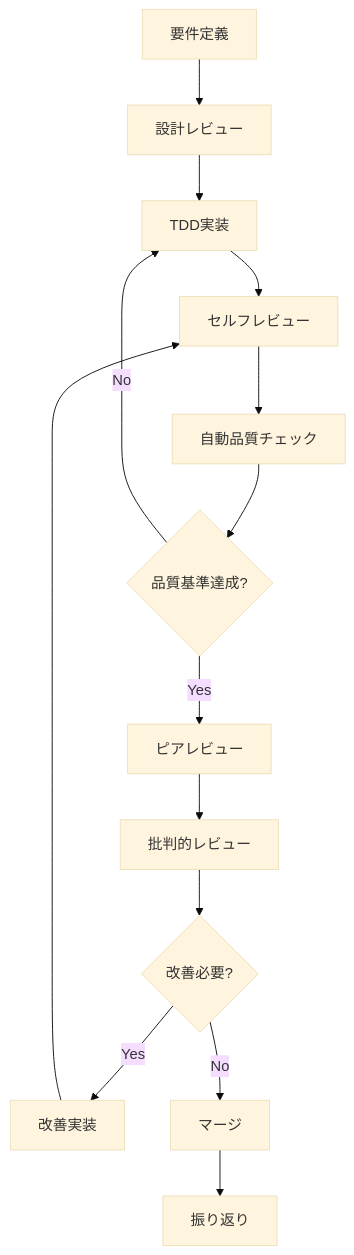
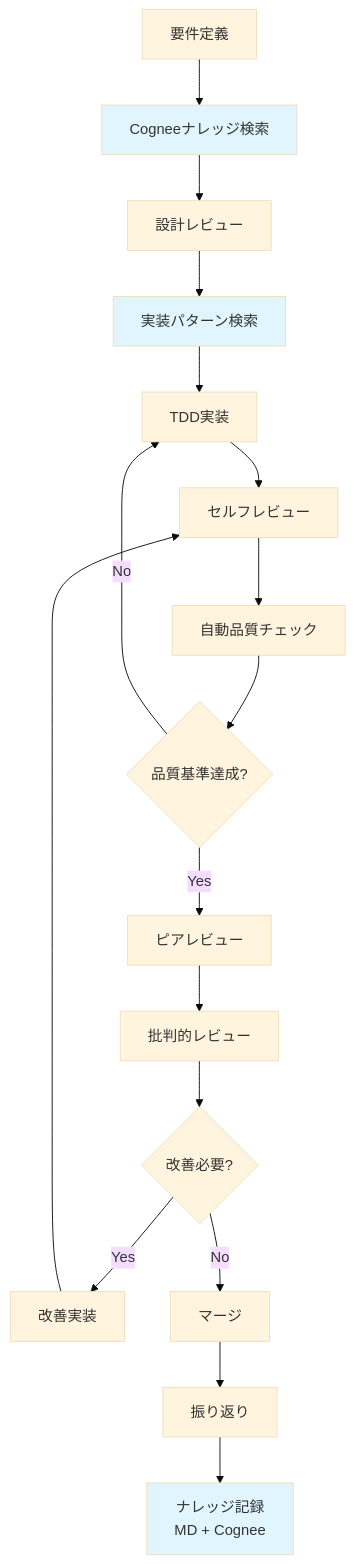
The diagram in memory-bank/development_workflow_rules.md (tkosht/cursor_dev), drawn with Mermaid (base theme) before and after one commit. The commit also changed other lines of this file and 1 other file, not shown here.

````diff
--- a/memory-bank/development_workflow_rules.md
+++ b/memory-bank/development_workflow_rules.md
@@ -14,16 +15,23 @@
 ```mermaid
 graph TD
-    A[要件定義] --> B[設計レビュー]
-    B --> C[TDD実装]
+    A[要件定義] --> A1[Cogneeナレッジ検索]
+    A1 --> B[設計レビュー]
+    B --> B1[実装パターン検索]
+    B1 --> C[TDD実装]
     C --> D[セルフレビュー]
     D --> E[自動品質チェック]
     E --> F{品質基準達成?}
     F -->|No| C
     F -->|Yes| G[ピアレビュー]
     G --> H[批判的レビュー]
     H --> I{改善必要?}
     I -->|Yes| J[改善実装]
     J --> D
     I -->|No| K[マージ]
     K --> L[振り返り]
+    L --> L1[ナレッジ記録<br/>MD + Cognee]
+    
+    style A1 fill:#e1f5fe
+    style B1 fill:#e1f5fe
+    style L1 fill:#e1f5fe
 ```
````
